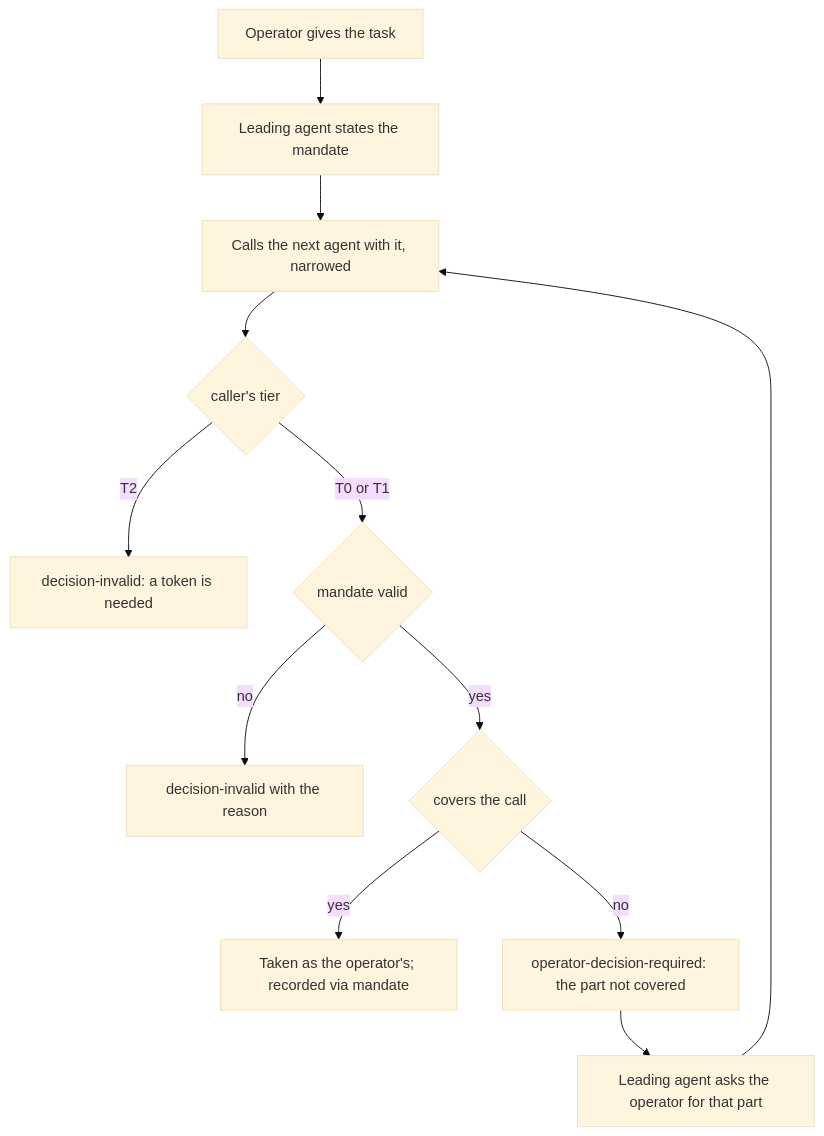
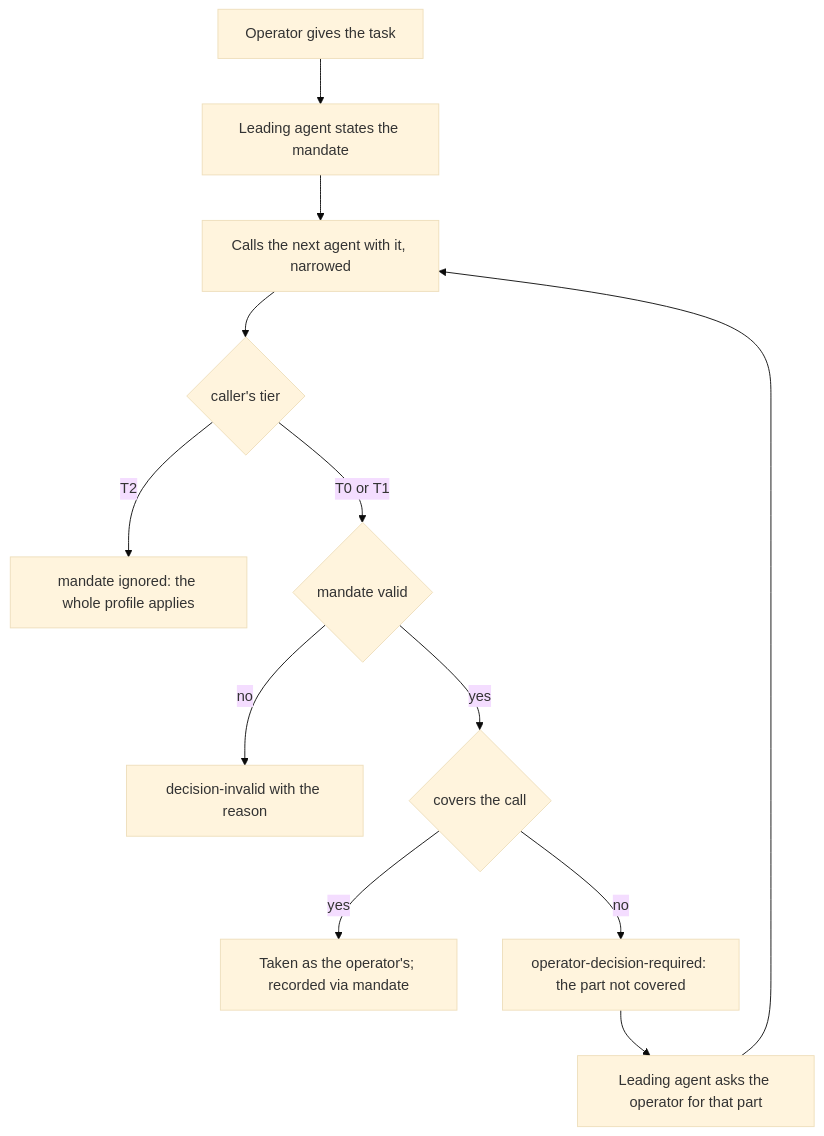
One commit to passioncode-ai/fabric-agent-contract changed diagram 31 of 31 in docs/ux/flows.md. Above: the diagram before and after it, drawn with Mermaid (base theme). The commit also changed 15 other files, not shown here.

````diff
--- a/docs/ux/flows.md
+++ b/docs/ux/flows.md
@@ -775,14 +775,14 @@
 ```mermaid
 flowchart TD
   O[Operator gives the task] --> L[Leading agent states the mandate]
   L --> C[Calls the next agent with it, narrowed]
   C --> T{caller's tier}
-  T -->|T2| X[decision-invalid: a token is needed]
+  T -->|T2| X[mandate ignored: the whole profile applies]
   T -->|T0 or T1| V{mandate valid}
   V -->|no| I[decision-invalid with the reason]
   V -->|yes| K{covers the call}
   K -->|yes| A[Taken as the operator's; recorded via mandate]
   K -->|no| Q[operator-decision-required: the part not covered]
   Q --> P[Leading agent asks the operator for that part]
   P --> C
 ```
````
